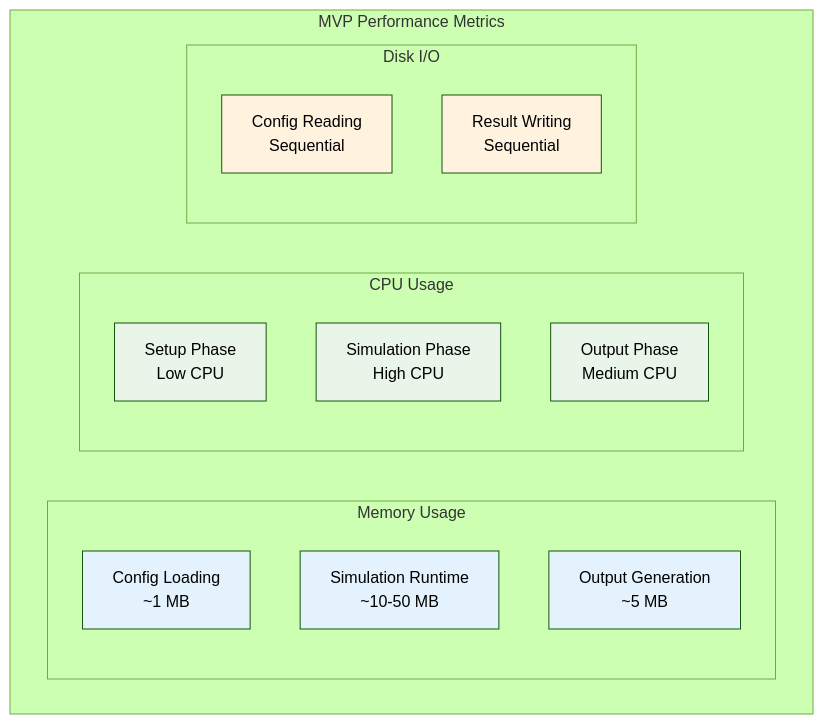
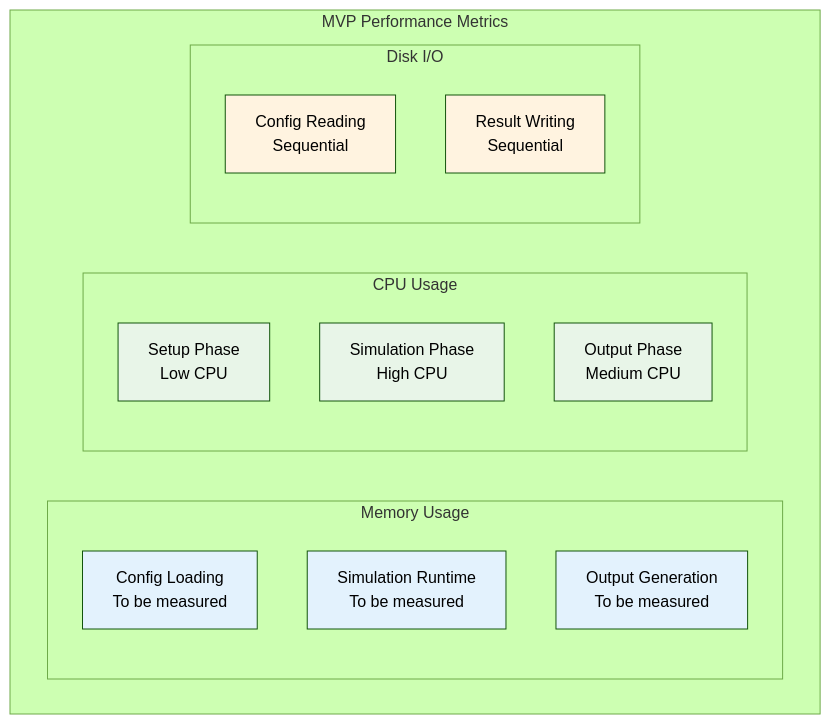
One commit to OpenRailAssociation/dac-migration-dss-popupsim changed the fourth of 5 diagrams in docs/mvp/architecture/07-deployment.md. Above: the diagram before and after it, drawn with Mermaid (forest theme). The commit also changed other lines of this file and 19 other files, not shown here.

First line of the commit message:
docs(pages): 📝 update MVP architecture

````diff
--- a/docs/mvp/architecture/07-deployment.md
+++ b/docs/mvp/architecture/07-deployment.md
@@ -258,29 +348,29 @@
 ```mermaid
 graph TB
     subgraph "MVP Performance Metrics"
         subgraph "Memory Usage"
-            ConfigMem[Config Loading<br/>~1 MB]
-            SimMem[Simulation Runtime<br/>~10-50 MB]
-            OutputMem[Output Generation<br/>~5 MB]
+            ConfigMem[Config Loading<br/>To be measured]
+            SimMem[Simulation Runtime<br/>To be measured]
+            OutputMem[Output Generation<br/>To be measured]
         end
 
         subgraph "CPU Usage"
             SetupCPU[Setup Phase<br/>Low CPU]
             SimCPU[Simulation Phase<br/>High CPU]
             OutputCPU[Output Phase<br/>Medium CPU]
         end
 
         subgraph "Disk I/O"
             ReadIO[Config Reading<br/>Sequential]
             WriteIO[Result Writing<br/>Sequential]
         end
     end
 
     classDef memory fill:#e3f2fd
     classDef cpu fill:#e8f5e8
     classDef disk fill:#fff3e0
 
     class ConfigMem,SimMem,OutputMem memory
     class SetupCPU,SimCPU,OutputCPU cpu
     class ReadIO,WriteIO disk
 ```
````
